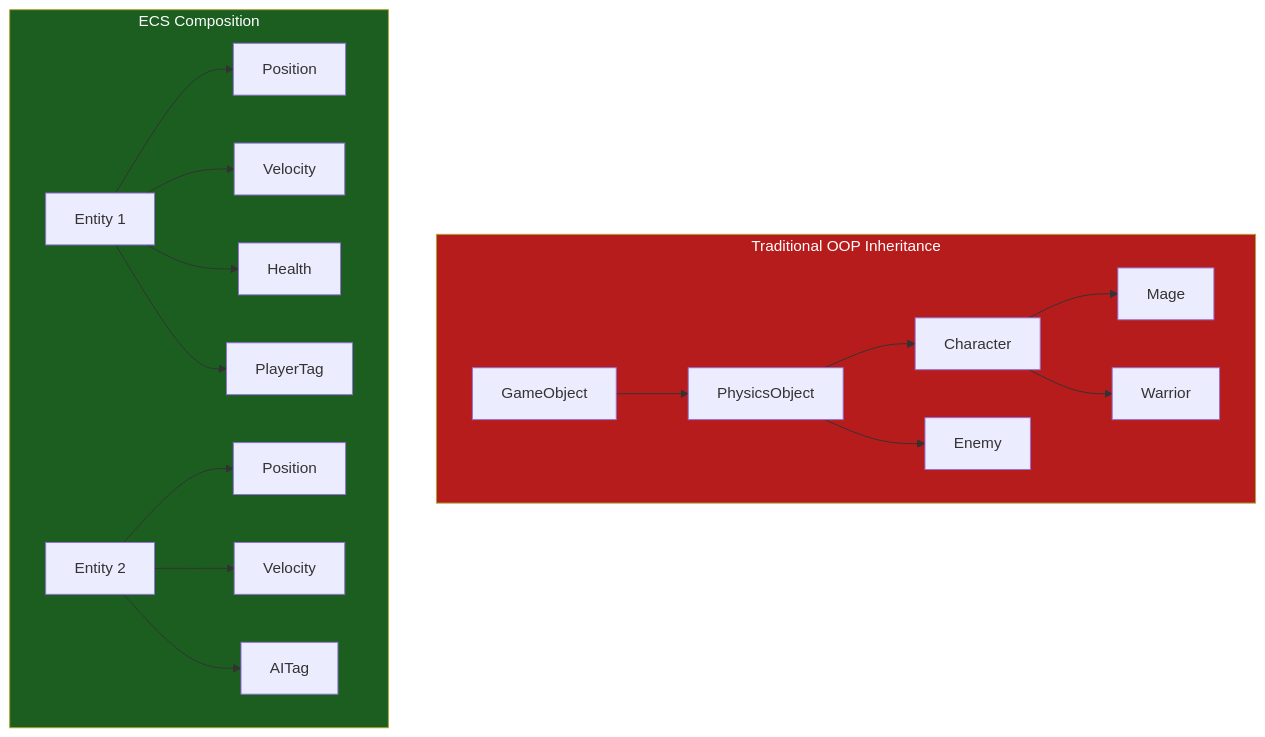
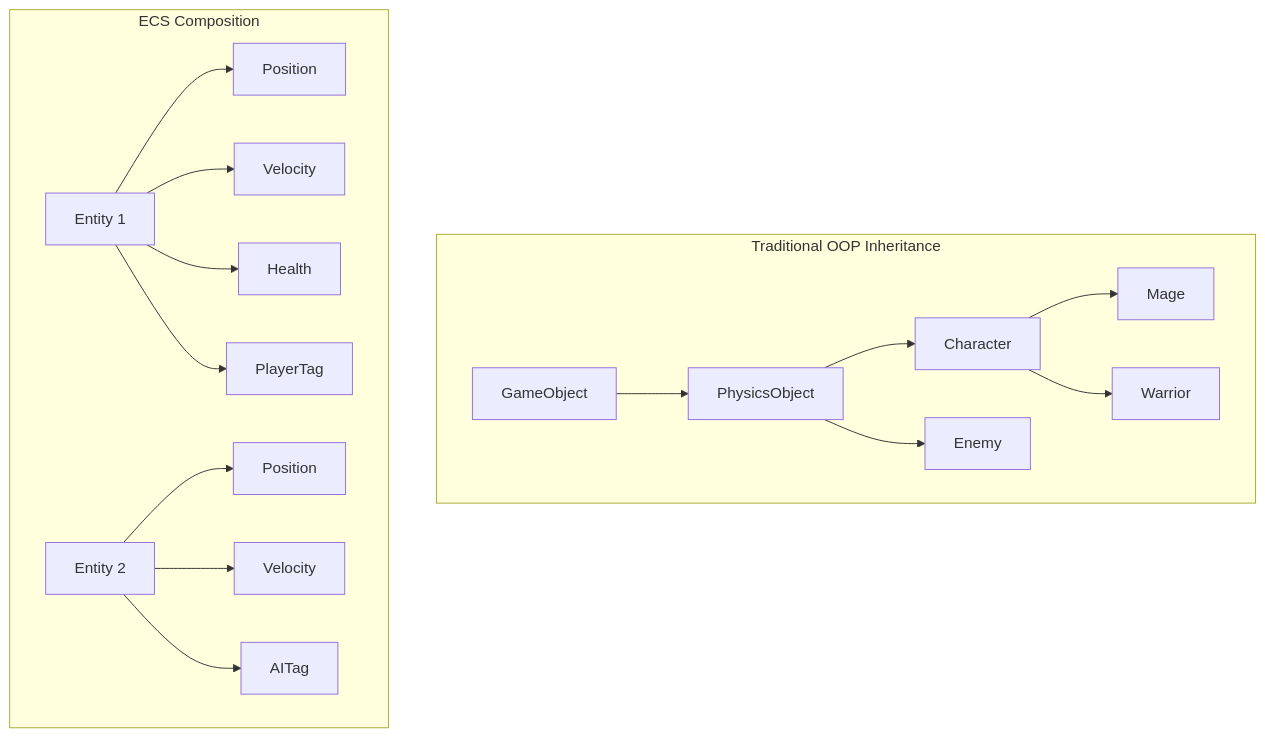
One commit to gilmar-sales/Freyr changed the first of 2 diagrams in docs/concepts/ecs-overview.md. Above: the diagram before and after it, drawn with Mermaid. The commit also changed other lines of this file and 8 other files, not shown here.

Commit message:
docs(diagrams): remove mermaid diagram styling directives

````diff
--- a/docs/concepts/ecs-overview.md
+++ b/docs/concepts/ecs-overview.md
@@ -50,24 +50,21 @@
 ```mermaid
 graph TD
     subgraph OOP["Traditional OOP Inheritance"]
         GO["GameObject"] --> PO["PhysicsObject"]
         PO --> Char["Character"]
         PO --> Enemy["Enemy"]
         Char --> Mage["Mage"]
         Char --> Warrior["Warrior"]
     end
 
     subgraph ECS["ECS Composition"]
         E1["Entity 1"] --> P1["Position"]
         E1 --> V1["Velocity"]
         E1 --> H1["Health"]
         E1 --> PT1["PlayerTag"]
 
         E2["Entity 2"] --> P2["Position"]
         E2 --> V2["Velocity"]
         E2 --> AT2["AITag"]
     end
-
-    style OOP fill:#B71C1C,color:#fff
-    style ECS fill:#1B5E20,color:#fff
 ```
````
